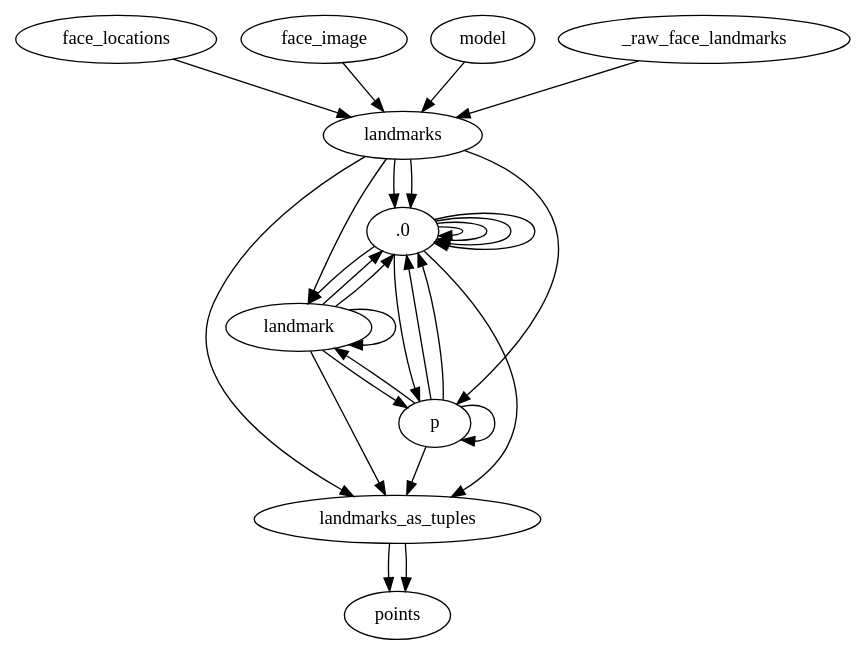
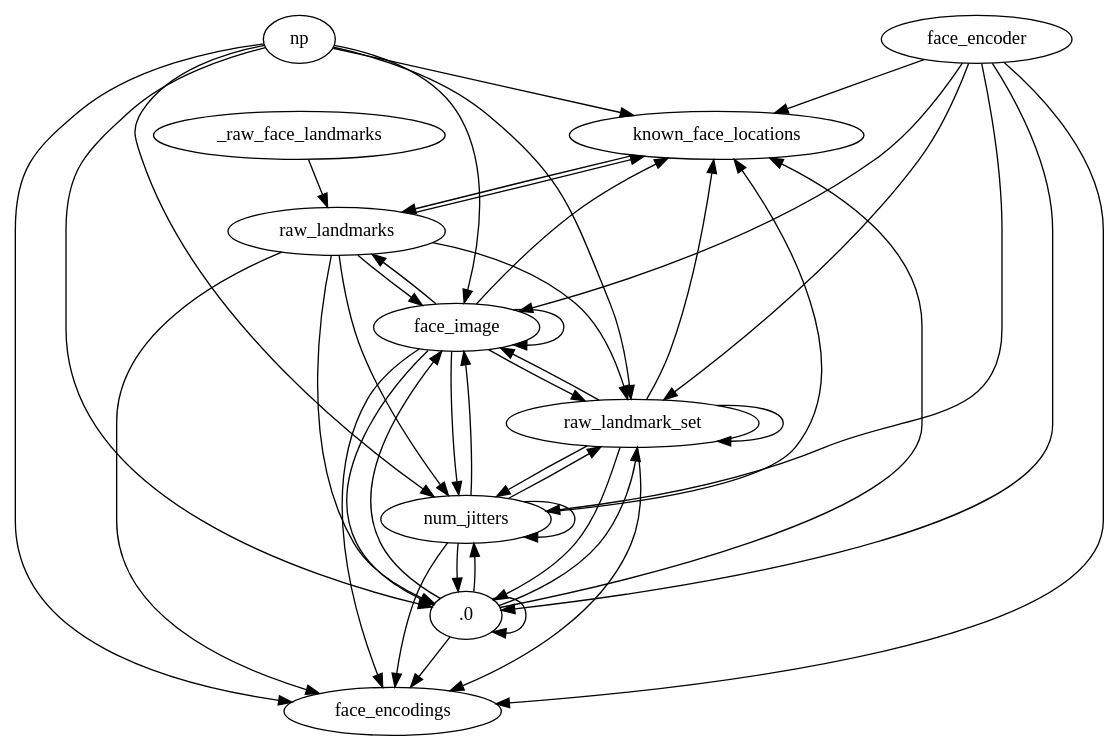
One commit to payalmantri/CS598-ML4SE-codeql changed the diagram in post-processing/dataset/python/outputs/python_dfg_2.dot. Above: the diagram before and after it, drawn with Graphviz. The commit also changed 133 other files, not shown here.

```diff
--- a/post-processing/dataset/python/outputs/python_dfg_2.dot
+++ b/post-processing/dataset/python/outputs/python_dfg_2.dot
@@ -1,29 +1,63 @@
-digraph {face_locations->landmarks
-face_image->landmarks
-model->landmarks
-_raw_face_landmarks->landmarks
+strict digraph {known_face_locations->raw_landmarks
+face_image->raw_landmarks
+_raw_face_landmarks->raw_landmarks
 .0->.0
-landmarks->.0
-landmark->.0
-p->.0
-.0->landmark
-landmarks->landmark
-landmark->landmark
-p->landmark
+face_image->.0
+num_jitters->.0
+raw_landmarks->.0
+raw_landmark_set->.0
+np->.0
+face_encoder->.0
+.0->raw_landmark_set
+face_image->raw_landmark_set
+num_jitters->raw_landmark_set
+raw_landmarks->raw_landmark_set
+raw_landmark_set->raw_landmark_set
+np->raw_landmark_set
+face_encoder->raw_landmark_set
+.0->face_image
+face_image->face_image
+num_jitters->face_image
+raw_landmarks->face_image
+raw_landmark_set->face_image
+np->face_image
+face_encoder->face_image
+.0->known_face_locations
+face_image->known_face_locations
+num_jitters->known_face_locations
+raw_landmarks->known_face_locations
+raw_landmark_set->known_face_locations
+np->known_face_locations
+face_encoder->known_face_locations
+.0->num_jitters
+face_image->num_jitters
+num_jitters->num_jitters
+raw_landmarks->num_jitters
+raw_landmark_set->num_jitters
+np->num_jitters
+face_encoder->num_jitters
+.0->face_encodings
+face_image->face_encodings
+num_jitters->face_encodings
+raw_landmarks->face_encodings
+raw_landmark_set->face_encodings
+np->face_encodings
+face_encoder->face_encodings
+known_face_locations->raw_landmarks
+face_image->raw_landmarks
+_raw_face_landmarks->raw_landmarks
 .0->.0
-landmarks->.0
-landmark->.0
-p->.0
-.0->p
-landmarks->p
-landmark->p
-p->p
-.0->landmarks_as_tuples
-landmarks->landmarks_as_tuples
-landmark->landmarks_as_tuples
-p->landmarks_as_tuples
-.0->.0
-landmarks_as_tuples->points
-.0->.0
-landmarks_as_tuples->points
+face_image->.0
+num_jitters->.0
+raw_landmarks->.0
+raw_landmark_set->.0
+np->.0
+face_encoder->.0
+.0->raw_landmark_set
+face_image->raw_landmark_set
+num_jitters->raw_landmark_set
+raw_landmarks->raw_landmark_set
+raw_landmark_set->raw_landmark_set
+np->raw_landmark_set
+face_encoder->raw_landmark_set
 }
```
